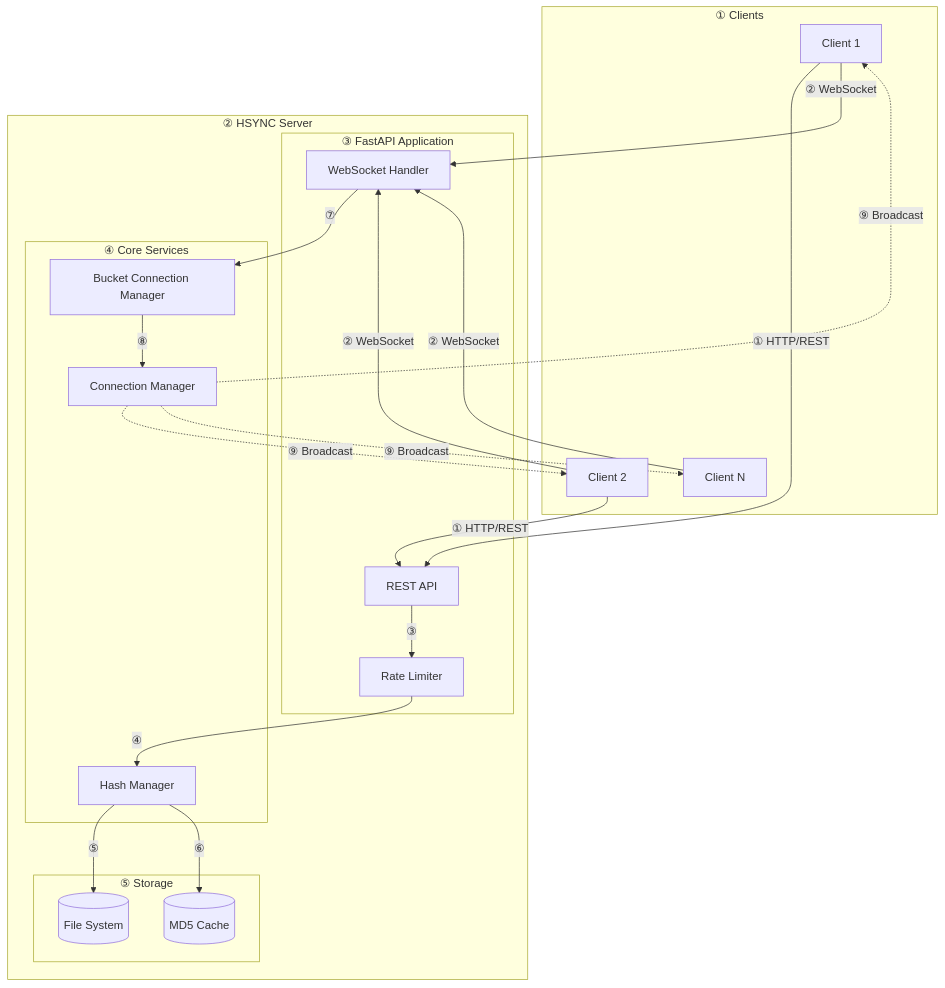
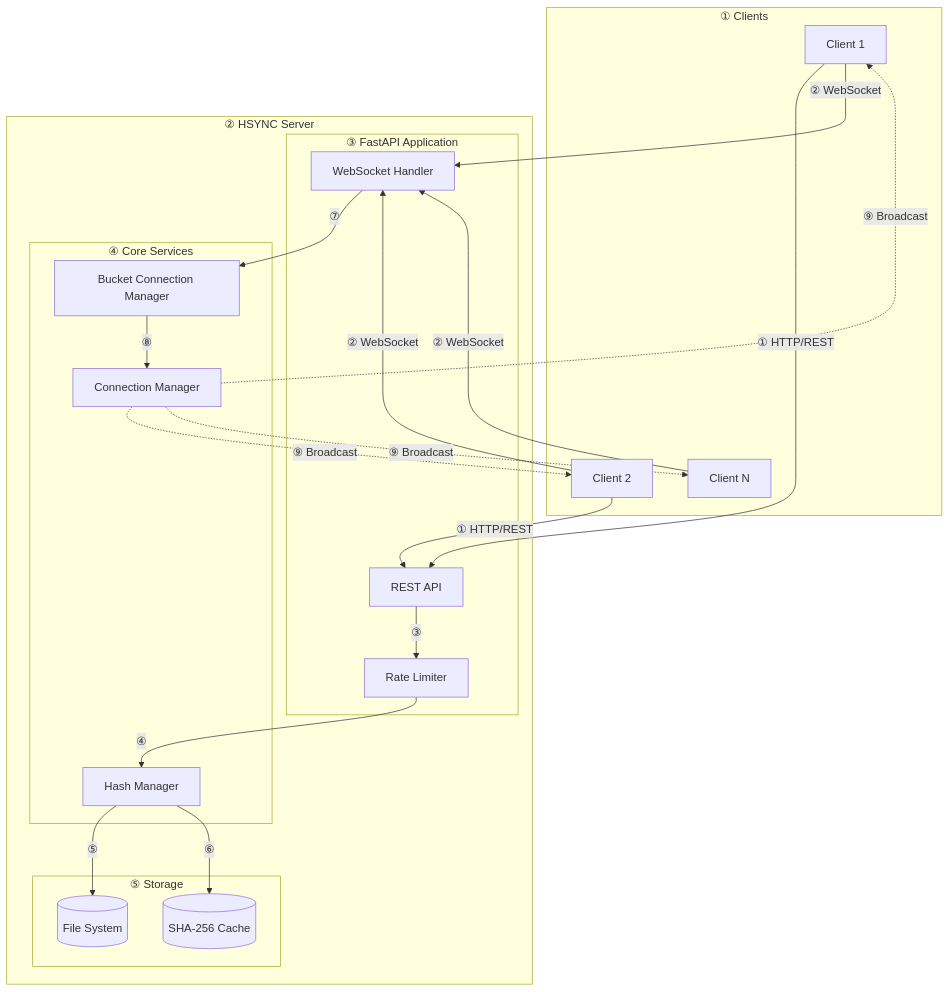
One commit to albertsdk/hsync-server changed the first of 4 diagrams in docs/architecture.md. Above: the diagram before and after it, drawn with Mermaid. The commit also changed other lines of this file and 24 other files, not shown here.

````diff
--- a/docs/architecture.md
+++ b/docs/architecture.md
@@ -9,44 +9,44 @@
 ```mermaid
 graph TB
     subgraph "① Clients"
         C1[Client 1]
         C2[Client 2]
         C3[Client N]
     end
 
     subgraph "② HSYNC Server"
         subgraph "③ FastAPI Application"
             REST[REST API]
             WS[WebSocket Handler]
             RL[Rate Limiter]
         end
 
         subgraph "④ Core Services"
             CM[Connection Manager]
             BCM[Bucket Connection Manager]
             HM[Hash Manager]
         end
 
         subgraph "⑤ Storage"
             FS[(File System)]
-            MD5[(MD5 Cache)]
+            SHA-256[(SHA-256 Cache)]
         end
     end
 
     C1 -->|"① HTTP/REST"| REST
     C2 -->|"① HTTP/REST"| REST
     C1 -->|"② WebSocket"| WS
     C2 -->|"② WebSocket"| WS
     C3 -->|"② WebSocket"| WS
 
     REST -->|"③"| RL
     RL -->|"④"| HM
     HM -->|"⑤"| FS
-    HM -->|"⑥"| MD5
+    HM -->|"⑥"| SHA-256
 
     WS -->|"⑦"| BCM
     BCM -->|"⑧"| CM
     CM -.->|"⑨ Broadcast"| C1
     CM -.->|"⑨ Broadcast"| C2
     CM -.->|"⑨ Broadcast"| C3
 ```
````
